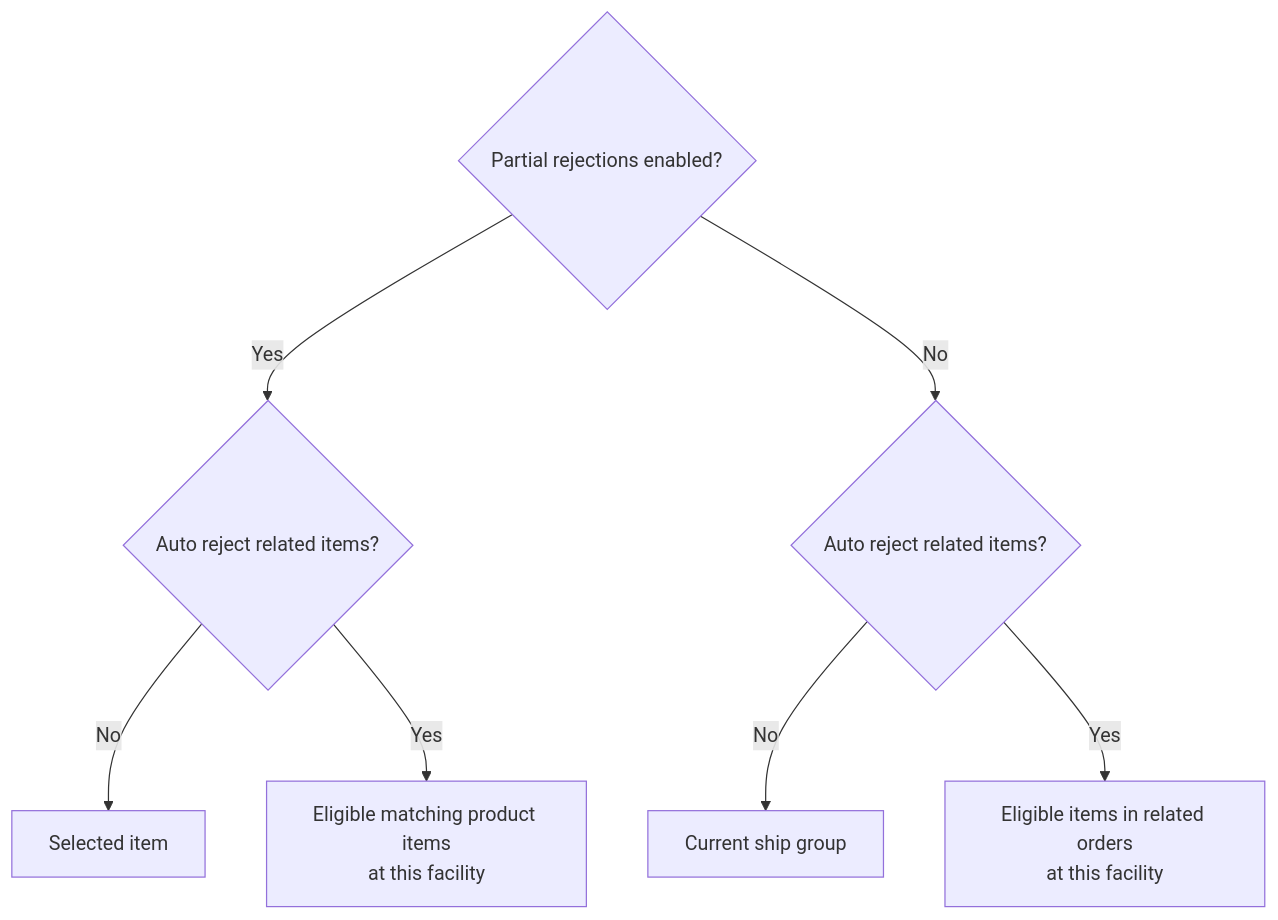
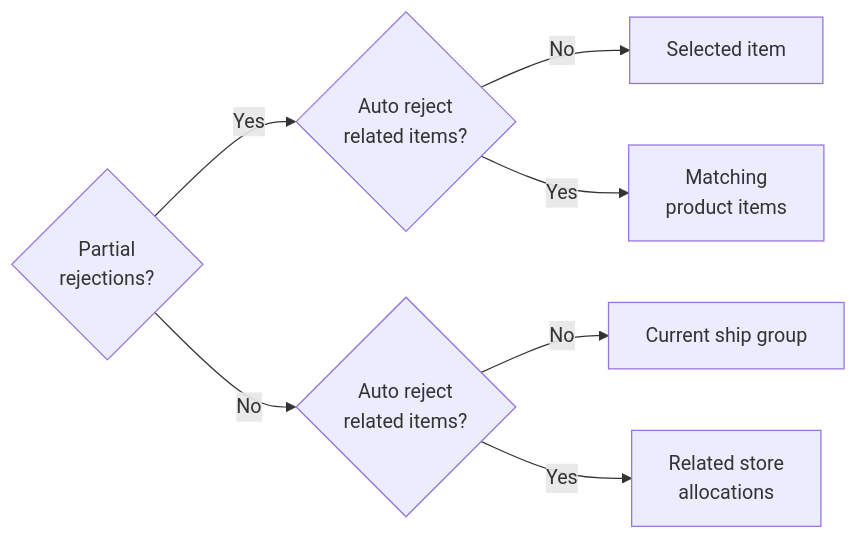
The diagram in documents/store-operations/fulfillment/rejection.md (hotwax/oms-documentation), drawn with Mermaid before and after one commit.

Commit message:
Keep rejection scope diagram readable at guide width

````diff
--- a/documents/store-operations/fulfillment/rejection.md
+++ b/documents/store-operations/fulfillment/rejection.md
@@ -116,12 +116,12 @@
 ```mermaid
-flowchart TD
+flowchart LR
     accTitle: Partial and collateral rejection scope
     accDescr: With partial rejection enabled, reject the selected item, or matching eligible product items at the same facility when collateral rejection is also enabled. With partial rejection disabled, reject the current ship group, or eligible items in related orders at the same facility when collateral rejection is also enabled.
-    Partial{"Partial rejections enabled?"}
-    Partial -->|Yes| RelatedItems{"Auto reject related items?"}
+    Partial{"Partial<br/>rejections?"}
+    Partial -->|Yes| RelatedItems{"Auto reject<br/>related items?"}
     RelatedItems -->|No| Item["Selected item"]
-    RelatedItems -->|Yes| Matching["Eligible matching product items<br/>at this facility"]
-    Partial -->|No| RelatedOrders{"Auto reject related items?"}
+    RelatedItems -->|Yes| Matching["Matching<br/>product items"]
+    Partial -->|No| RelatedOrders{"Auto reject<br/>related items?"}
     RelatedOrders -->|No| Group["Current ship group"]
-    RelatedOrders -->|Yes| Orders["Eligible items in related orders<br/>at this facility"]
+    RelatedOrders -->|Yes| Orders["Related store<br/>allocations"]
 ```
````
